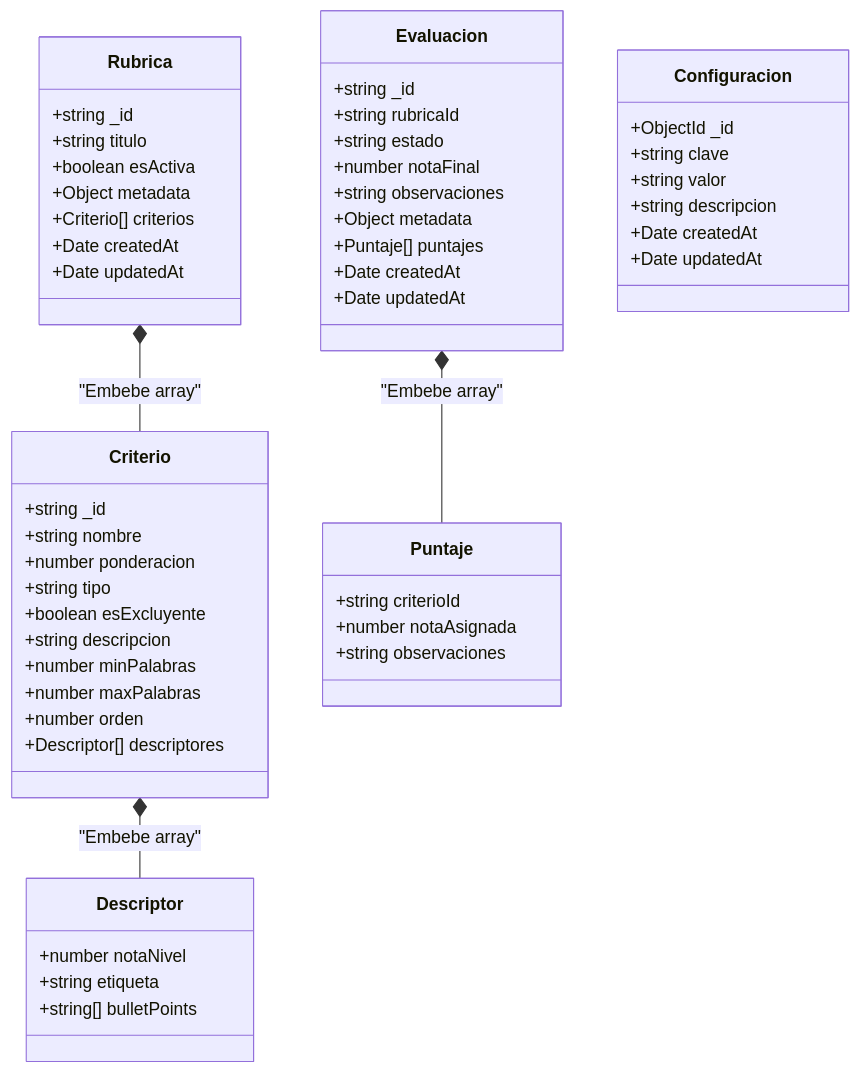
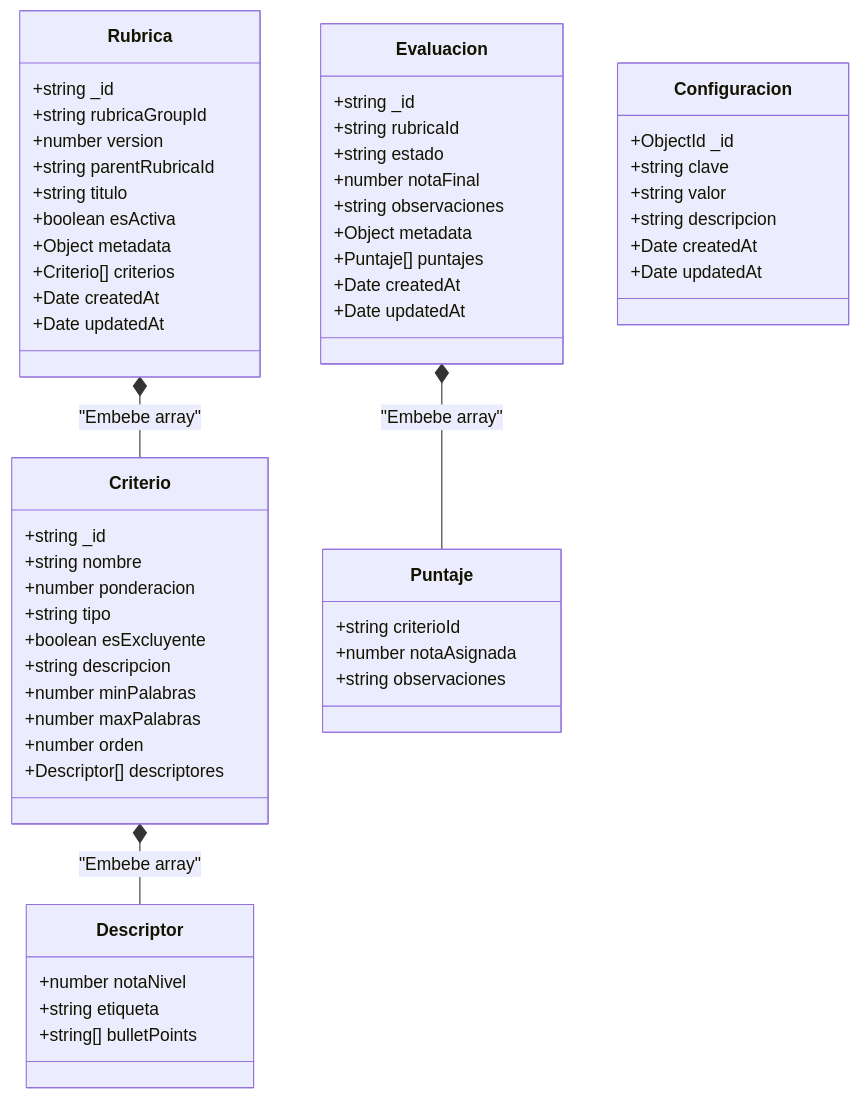
One commit to alphadx/evalUA changed the first of 2 diagrams in 01-base-de-datos.md. Above: the diagram before and after it, drawn with Mermaid. The commit also changed other lines of this file and 3 other files, not shown here.

````diff
--- a/01-base-de-datos.md
+++ b/01-base-de-datos.md
@@ -38,62 +38,65 @@
 ```mermaid
 classDiagram
     class Rubrica {
         +string _id
+        +string rubricaGroupId
+        +number version
+        +string parentRubricaId
         +string titulo
         +boolean esActiva
         +Object metadata
         +Criterio[] criterios
         +Date createdAt
         +Date updatedAt
     }
 
     class Criterio {
         +string _id
         +string nombre
         +number ponderacion
         +string tipo
         +boolean esExcluyente
         +string descripcion
         +number minPalabras
         +number maxPalabras
         +number orden
         +Descriptor[] descriptores
     }
 
     class Descriptor {
         +number notaNivel
         +string etiqueta
         +string[] bulletPoints
     }
 
     class Evaluacion {
         +string _id
         +string rubricaId
         +string estado
         +number notaFinal
         +string observaciones
         +Object metadata
         +Puntaje[] puntajes
         +Date createdAt
         +Date updatedAt
     }
 
     class Puntaje {
         +string criterioId
         +number notaAsignada
         +string observaciones
     }
 
     class Configuracion {
         +ObjectId _id
         +string clave
         +string valor
         +string descripcion
         +Date createdAt
         +Date updatedAt
     }
 
     Rubrica *-- Criterio : "Embebe array"
     Criterio *-- Descriptor : "Embebe array"
     Evaluacion *-- Puntaje : "Embebe array"
 ```
````
